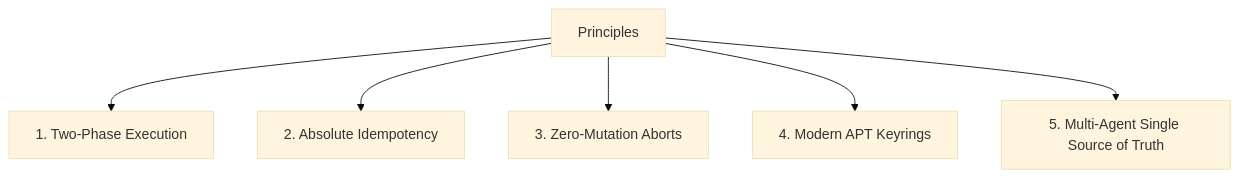
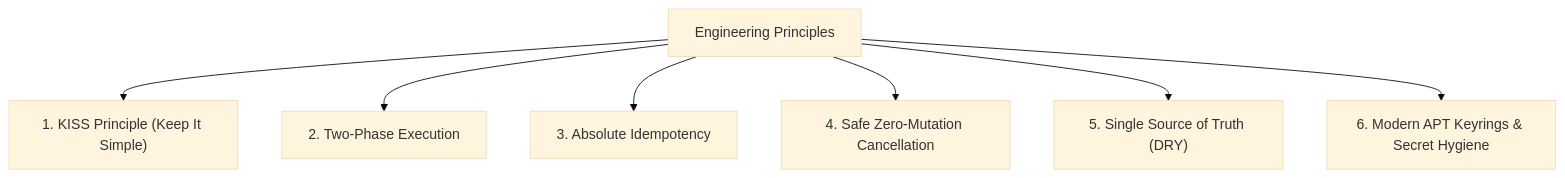
The first of 7 diagrams in docs/architecture.md (nmenag/dotfiles), drawn with Mermaid (base theme) before and after one commit. The commit also changed other lines of this file and 12 other files, not shown here.

````diff
--- a/docs/architecture.md
+++ b/docs/architecture.md
@@ -11,8 +9,9 @@
 ```mermaid
 flowchart TD
-    A["Principles"] --> B["1. Two-Phase Execution"]
-    A --> C["2. Absolute Idempotency"]
-    A --> D["3. Zero-Mutation Aborts"]
-    A --> E["4. Modern APT Keyrings"]
-    A --> F["5. Multi-Agent Single Source of Truth"]
+    A["Engineering Principles"] --> B["1. KISS Principle (Keep It Simple)"]
+    A --> C["2. Two-Phase Execution"]
+    A --> D["3. Absolute Idempotency"]
+    A --> E["4. Safe Zero-Mutation Cancellation"]
+    A --> F["5. Single Source of Truth (DRY)"]
+    A --> G["6. Modern APT Keyrings & Secret Hygiene"]
 ```
````
